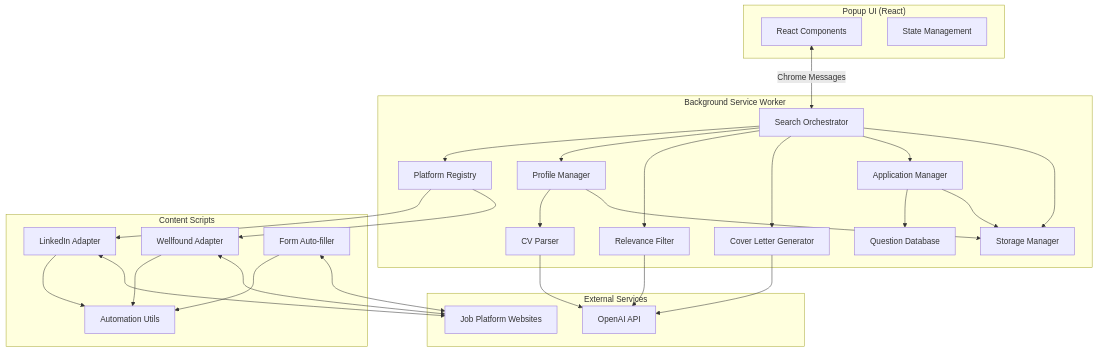
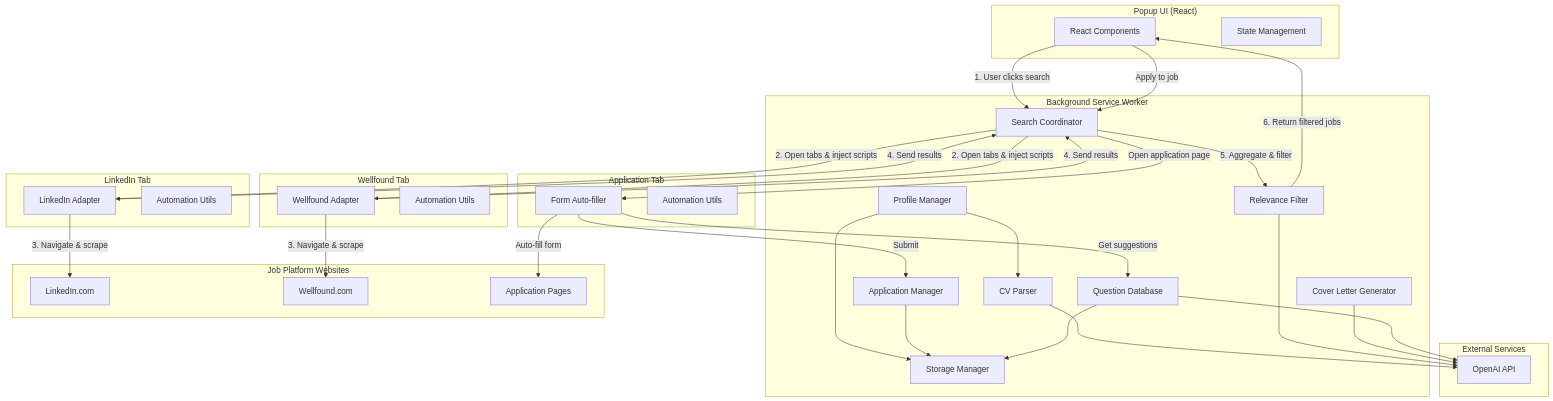
One commit to amanmamgain9/spooky-job-hunter changed the diagram in .kiro/specs/spooky-job-hunter/design.md. Above: the diagram before and after it, drawn with Mermaid. The commit also changed other lines of this file, not shown here.

Commit message:
refining architecture

````diff
--- a/.kiro/specs/spooky-job-hunter/design.md
+++ b/.kiro/specs/spooky-job-hunter/design.md
@@ -18,54 +18,69 @@
 ```mermaid
 graph TB
     subgraph "Popup UI (React)"
         UI[React Components]
         State[State Management]
     end
     
     subgraph "Background Service Worker"
-        Orchestrator[Search Orchestrator]
-        Registry[Platform Registry]
+        Coordinator[Search Coordinator]
         ProfileMgr[Profile Manager]
         CVParser[CV Parser]
         RelevanceFilter[Relevance Filter]
         CoverLetterGen[Cover Letter Generator]
         AppManager[Application Manager]
         QuestionDB[Question Database]
         StorageMgr[Storage Manager]
     end
     
-    subgraph "Content Scripts"
-        LinkedIn[LinkedIn Adapter]
-        Wellfound[Wellfound Adapter]
+    subgraph "LinkedIn Tab"
+        LinkedInAdapter[LinkedIn Adapter]
+        LinkedInUtils[Automation Utils]
+    end
+    
+    subgraph "Wellfound Tab"
+        WellfoundAdapter[Wellfound Adapter]
+        WellfoundUtils[Automation Utils]
+    end
+    
+    subgraph "Application Tab"
         FormFiller[Form Auto-filler]
-        Utils[Automation Utils]
+        FormUtils[Automation Utils]
     end
     
     subgraph "External Services"
         OpenAI[OpenAI API]
-        JobSites[Job Platform Websites]
     end
     
-    UI <-->|Chrome Messages| Orchestrator
-    Orchestrator --> Registry
-    Orchestrator --> ProfileMgr
-    Orchestrator --> RelevanceFilter
-    Orchestrator --> CoverLetterGen
-    Orchestrator --> AppManager
+    subgraph "Job Platform Websites"
+        LinkedInSite[LinkedIn.com]
+        WellfoundSite[Wellfound.com]
+        AppSite[Application Pages]
+    end
+    
+    UI -->|1. User clicks search| Coordinator
+    Coordinator -->|2. Open tabs & inject scripts| LinkedInAdapter
+    Coordinator -->|2. Open tabs & inject scripts| WellfoundAdapter
+    LinkedInAdapter -->|3. Navigate & scrape| LinkedInSite
+    WellfoundAdapter -->|3. Navigate & scrape| WellfoundSite
+    LinkedInAdapter -->|4. Send results| Coordinator
+    WellfoundAdapter -->|4. Send results| Coordinator
+    Coordinator -->|5. Aggregate & filter| RelevanceFilter
+    RelevanceFilter -->|6. Return filtered jobs| UI
+    
+    UI -->|Apply to job| Coordinator
+    Coordinator -->|Open application page| FormFiller
+    FormFiller -->|Auto-fill form| AppSite
+    FormFiller -->|Get suggestions| QuestionDB
+    FormFiller -->|Submit| AppManager
+    
     ProfileMgr --> CVParser
-    Registry --> LinkedIn
-    Registry --> Wellfound
-    LinkedIn --> Utils
-    Wellfound --> Utils
-    FormFiller --> Utils
-    LinkedIn <--> JobSites
-    Wellfound <--> JobSites
-    FormFiller <--> JobSites
     CVParser --> OpenAI
     RelevanceFilter --> OpenAI
     CoverLetterGen --> OpenAI
-    AppManager --> QuestionDB
+    QuestionDB --> OpenAI
+    
     ProfileMgr --> StorageMgr
-    Orchestrator --> StorageMgr
     AppManager --> StorageMgr
+    QuestionDB --> StorageMgr
 ```
````
